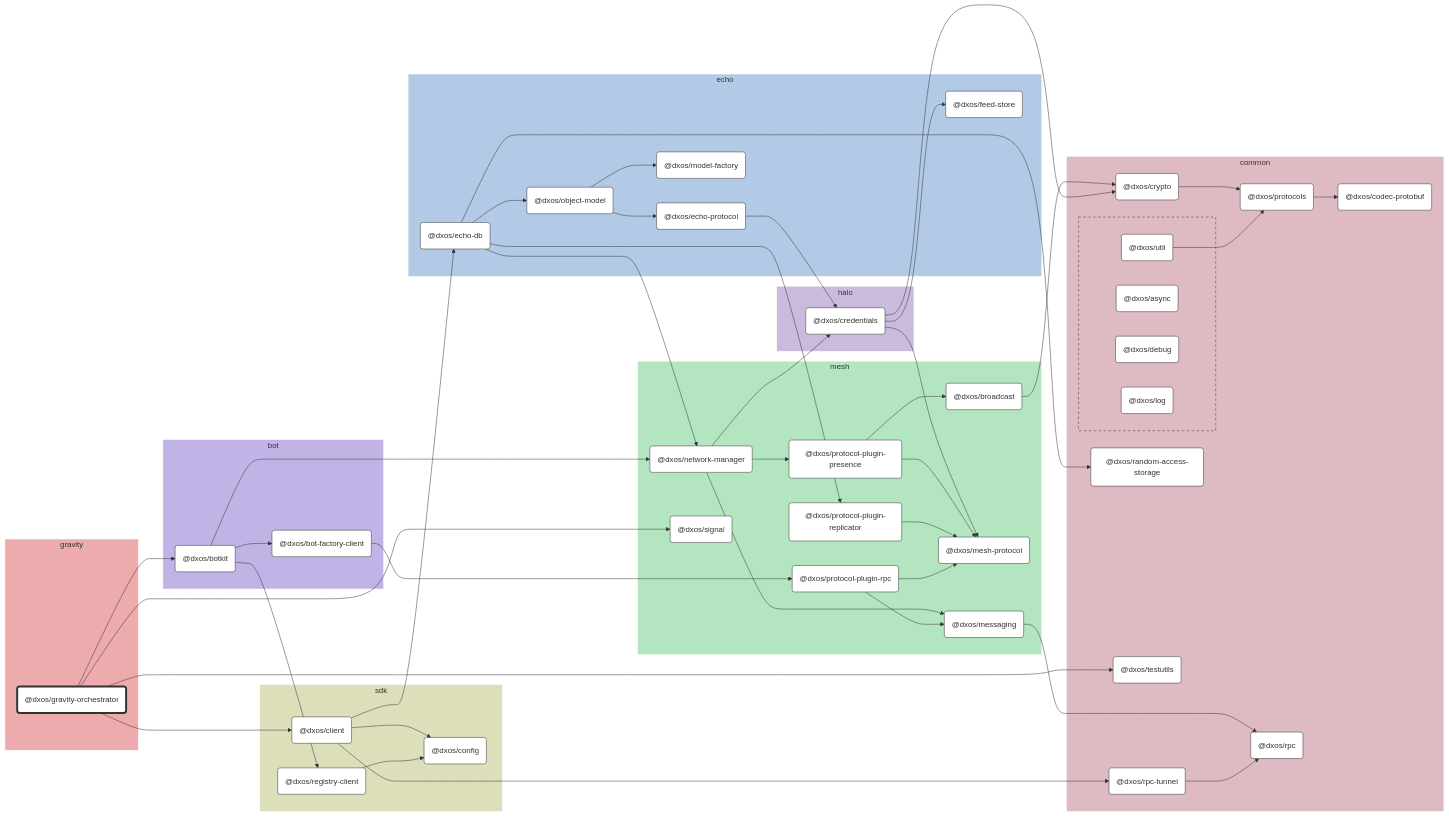
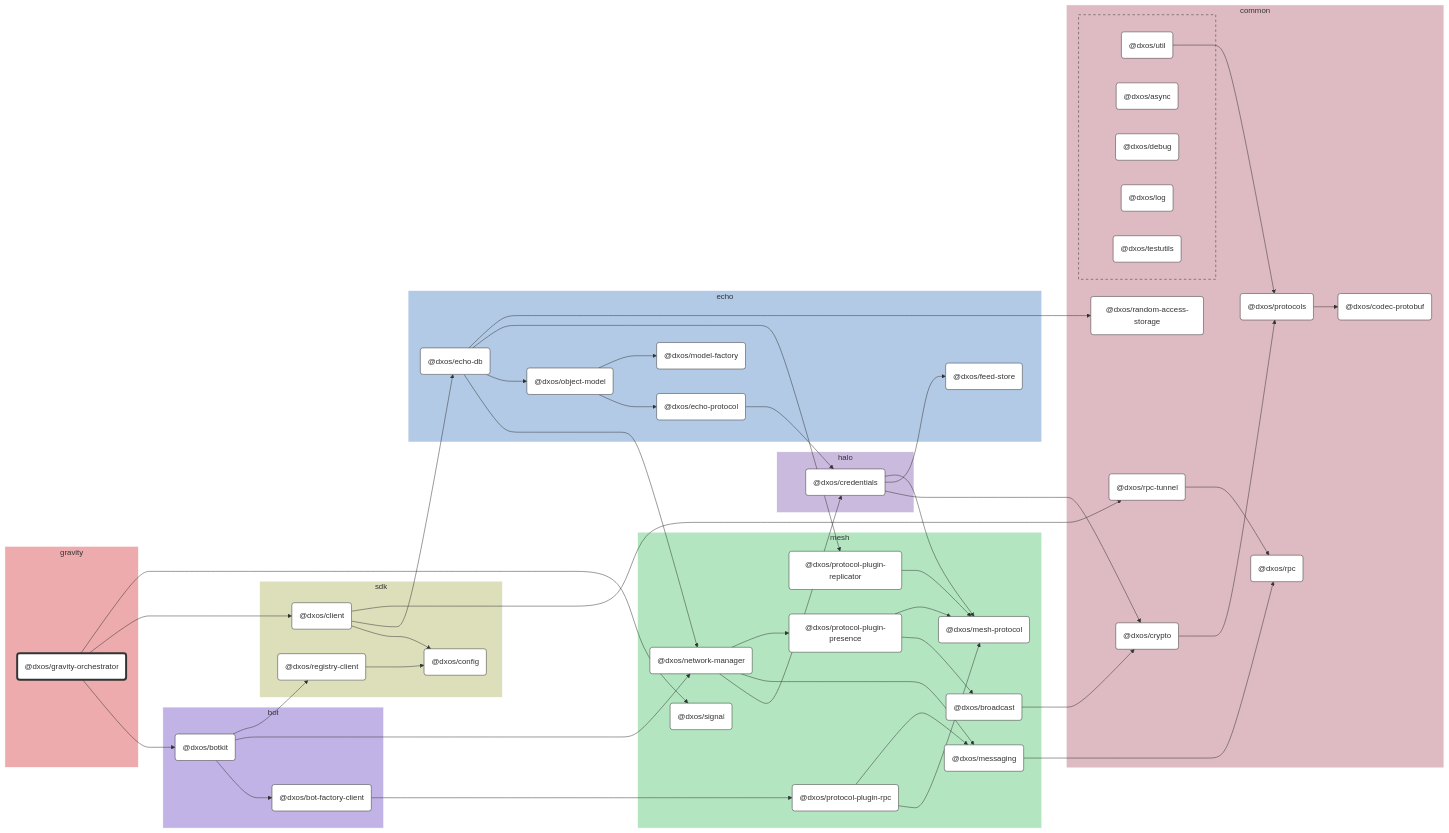
One commit to dxos/dxos changed the diagram in packages/gravity/orchestrator/docs/README.md. Above: the diagram before and after it, drawn with Mermaid. The commit also changed 6 other files, not shown here.

First line of the commit message:
chore: mermaid builder.%%{ init: {'flowchart':{'curve':'basis'}} }%%

```diff
--- a/packages/gravity/orchestrator/docs/README.md
+++ b/packages/gravity/orchestrator/docs/README.md
@@ -30,7 +30,6 @@
 dxos/gravity-orchestrator --> dxos/botkit;
 dxos/gravity-orchestrator --> dxos/client;
 dxos/gravity-orchestrator --> dxos/signal;
-dxos/gravity-orchestrator --> dxos/testutils;
 dxos/messaging --> dxos/rpc;
 dxos/network-manager --> dxos/credentials;
 dxos/network-manager --> dxos/messaging;
@@ -70,7 +69,6 @@
   dxos/random-access-storage("@dxos/random-access-storage")
   dxos/rpc("@dxos/rpc")
   dxos/rpc-tunnel("@dxos/rpc-tunnel")
-  dxos/testutils("@dxos/testutils")
 
   subgraph common-excluded [ ]
     style common-excluded fill:#debac2,stroke:#333,stroke-dasharray:5 5;
@@ -78,6 +76,7 @@
     dxos/async("@dxos/async")
     dxos/debug("@dxos/debug")
     dxos/log("@dxos/log")
+    dxos/testutils("@dxos/testutils")
     dxos/util("@dxos/util")
   end
 end
```
